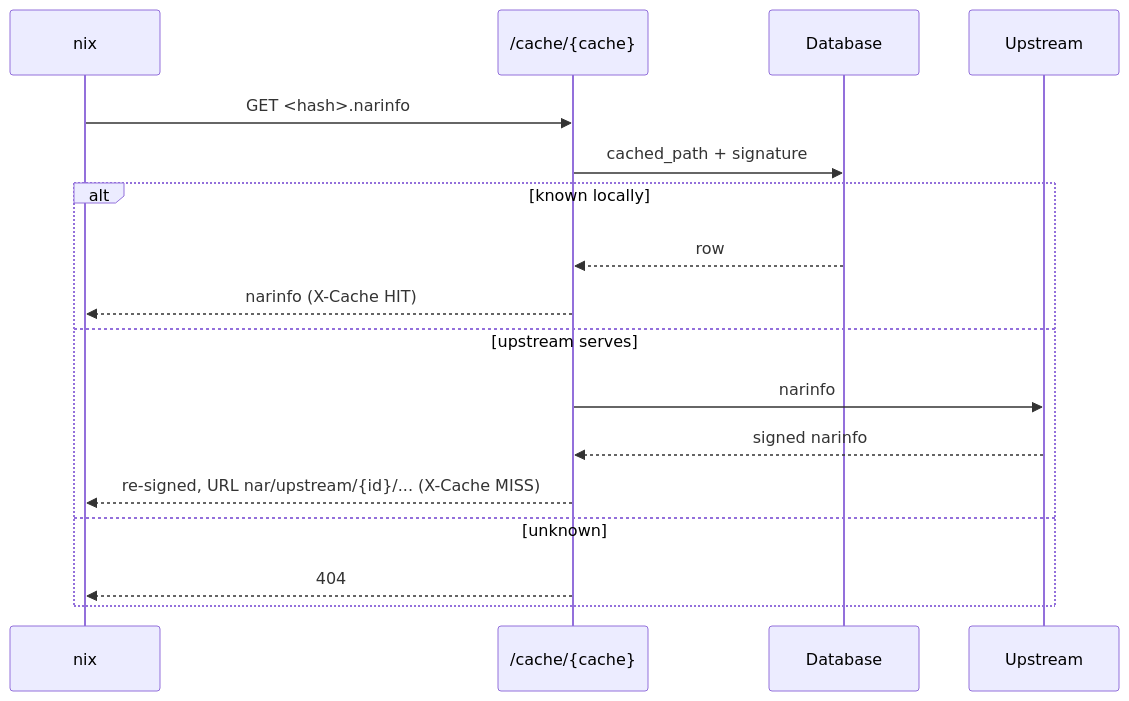
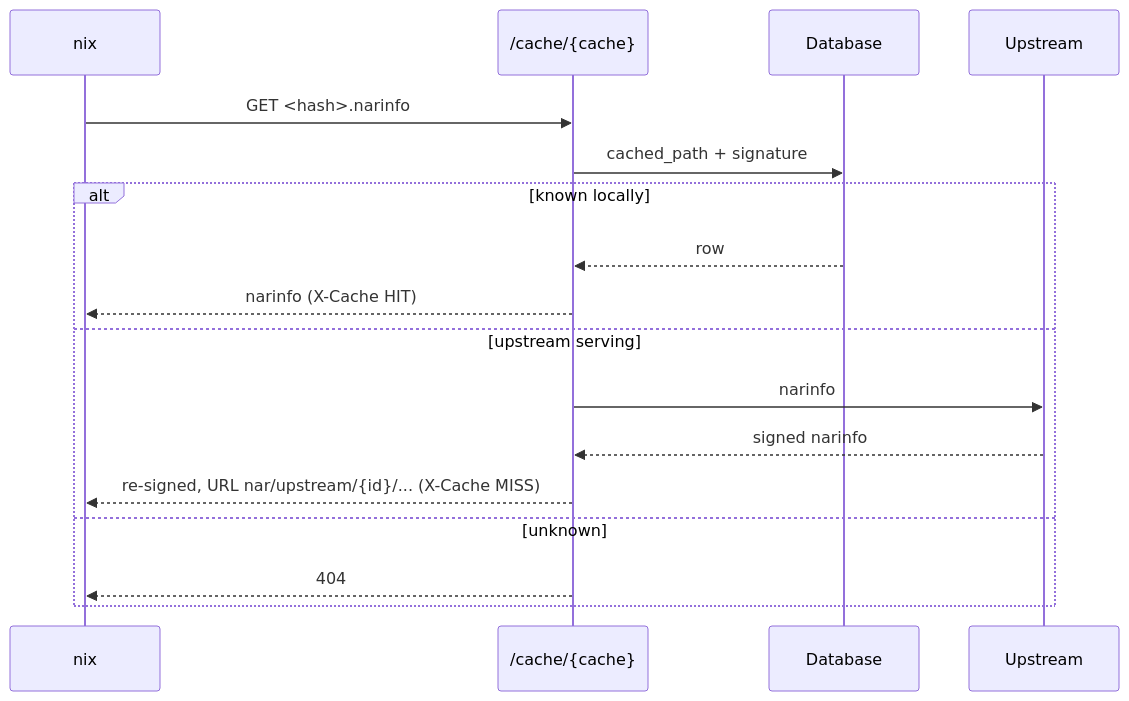
One commit to wavelens/gradient changed the diagram in docs/src/contributors/internals/cache-serving.md. Above: the diagram before and after it, drawn with Mermaid. The commit also changed other lines of this file and 70 other files, not shown here.

````diff
--- a/docs/src/contributors/internals/cache-serving.md
+++ b/docs/src/contributors/internals/cache-serving.md
@@ -5,19 +5,19 @@
 ```mermaid
 sequenceDiagram
     participant N as nix
     participant C as /cache/{cache}
     participant D as Database
     participant U as Upstream
     N->>C: GET <hash>.narinfo
     C->>D: cached_path + signature
     alt known locally
         D-->>C: row
         C-->>N: narinfo (X-Cache HIT)
-    else upstream serves
+    else upstream serving
         C->>U: narinfo
         U-->>C: signed narinfo
         C-->>N: re-signed, URL nar/upstream/{id}/... (X-Cache MISS)
     else unknown
         C-->>N: 404
     end
 ```
````
